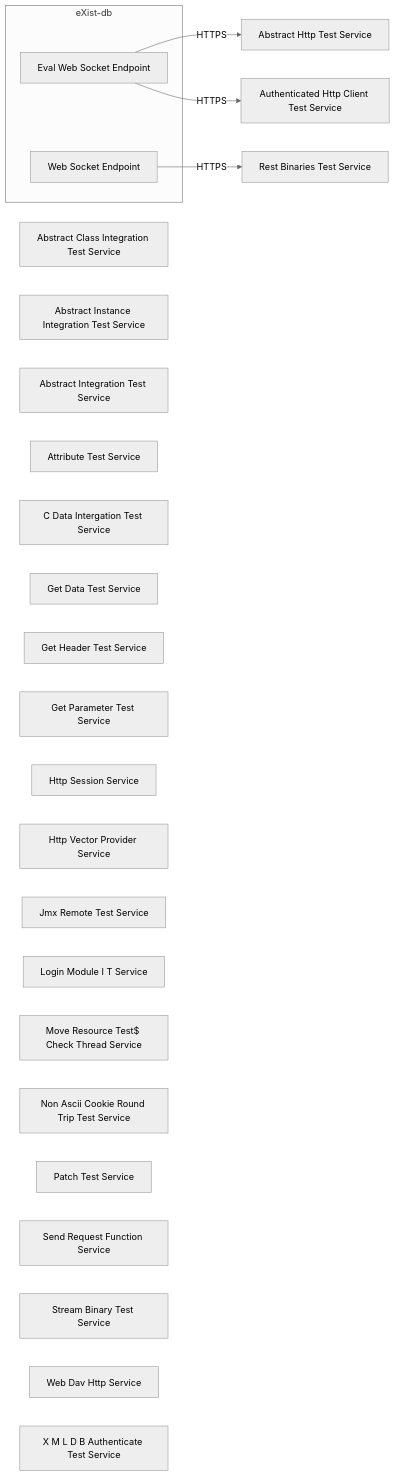
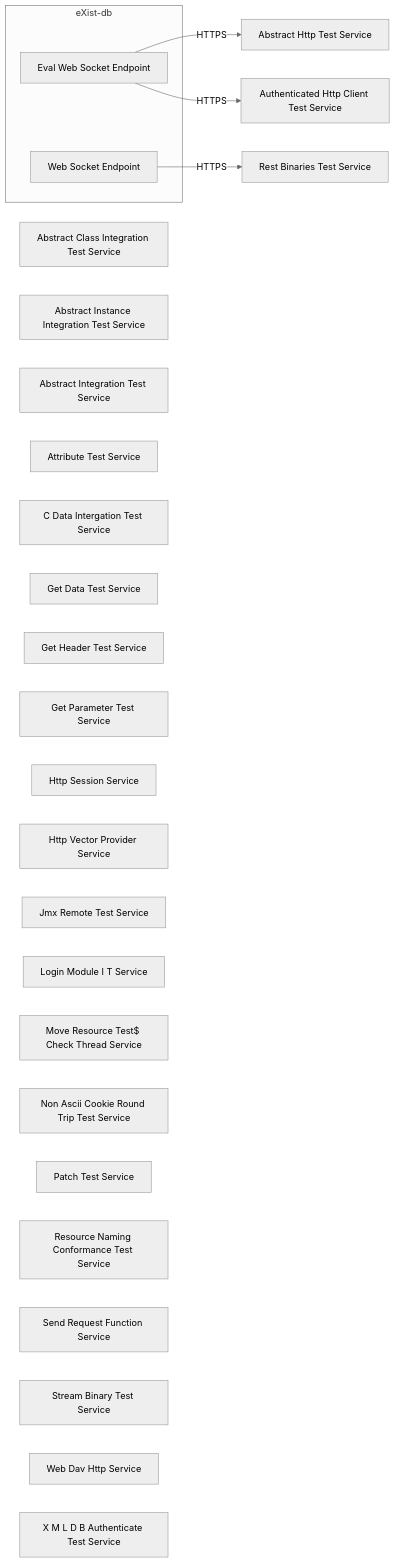
The diagram in .moderne/context/architecture.md (eXist-db/exist), drawn with Mermaid (neutral theme) before and after one commit. The commit also changed other lines of this file and 15 other files, not shown here.

````diff
--- a/.moderne/context/architecture.md
+++ b/.moderne/context/architecture.md
@@ -5,34 +5,35 @@
 ```mermaid
 flowchart LR
   subgraph exist["eXist-db"]
     eval-web-socket-endpoint["Eval Web Socket Endpoint"]
     web-socket-endpoint["Web Socket Endpoint"]
   end
 
   abstract-class-integration-test-service["Abstract Class Integration Test Service"]
   abstract-http-test-service["Abstract Http Test Service"]
   abstract-instance-integration-test-service["Abstract Instance Integration Test Service"]
   abstract-integration-test-service["Abstract Integration Test Service"]
   attribute-test-service["Attribute Test Service"]
   authenticated-http-client-test-service["Authenticated Http Client Test Service"]
   c-data-intergation-test-service["C Data Intergation Test Service"]
   get-data-test-service["Get Data Test Service"]
   get-header-test-service["Get Header Test Service"]
   get-parameter-test-service["Get Parameter Test Service"]
   http-session-service["Http Session Service"]
   http-vector-provider-service["Http Vector Provider Service"]
   jmx-remote-test-service["Jmx Remote Test Service"]
   login-module-i-t-service["Login Module I T Service"]
   move-resource-test$-check-thread-service["Move Resource Test$ Check Thread Service"]
   non-ascii-cookie-round-trip-test-service["Non Ascii Cookie Round Trip Test Service"]
   patch-test-service["Patch Test Service"]
+  resource-naming-conformance-test-service["Resource Naming Conformance Test Service"]
   rest-binaries-test-service["Rest Binaries Test Service"]
   send-request-function-service["Send Request Function Service"]
   stream-binary-test-service["Stream Binary Test Service"]
   web-dav-http-service["Web Dav Http Service"]
   x-m-l-d-b-authenticate-test-service["X M L D B Authenticate Test Service"]
 
   eval-web-socket-endpoint -->|HTTPS| abstract-http-test-service
   eval-web-socket-endpoint -->|HTTPS| authenticated-http-client-test-service
   web-socket-endpoint -->|HTTPS| rest-binaries-test-service
 ```
````
